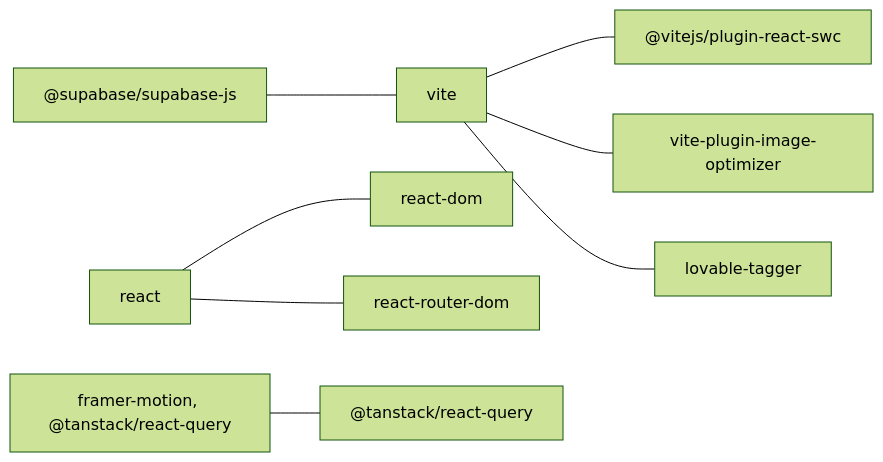
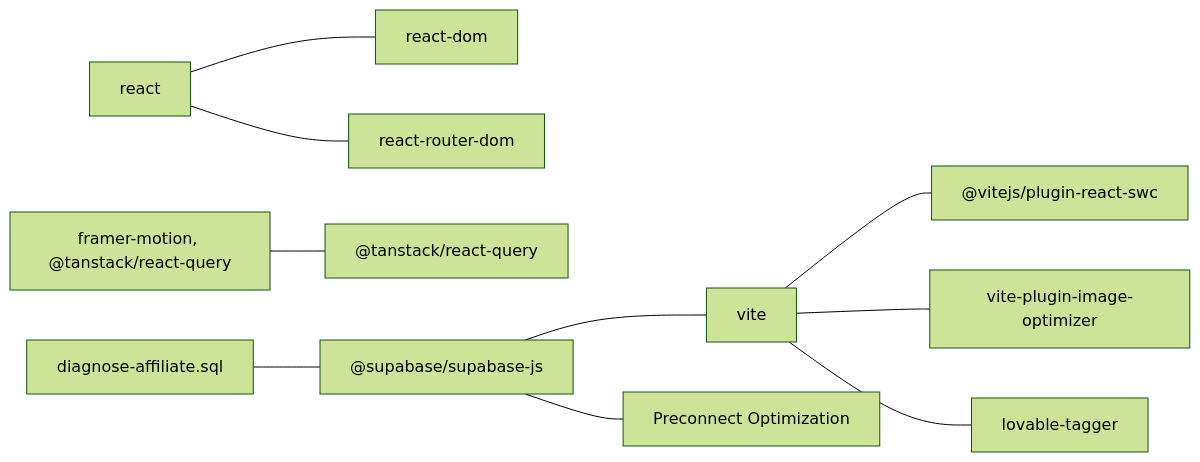
One commit to Hawky1/ryland changed the eighth of 8 diagrams in .qoder/repowiki/en/content/Troubleshooting & FAQ.md. Above: the diagram before and after it, drawn with Mermaid (forest theme). The commit also changed other lines of this file and 5 other files, not shown here.

````diff
--- a/.qoder/repowiki/en/content/Troubleshooting & FAQ.md
+++ b/.qoder/repowiki/en/content/Troubleshooting & FAQ.md
@@ -207,10 +262,12 @@
 ```mermaid
 graph LR
 VITE["vite"] --- SWC["@vitejs/plugin-react-swc"]
 VITE --- OPT["vite-plugin-image-optimizer"]
 VITE --- TAG["lovable-tagger"]
 REACT["react"] --- DOM["react-dom"]
 REACT --- ROUTER["react-router-dom"]
 UI["framer-motion, @tanstack/react-query"] --- QUERY["@tanstack/react-query"]
 SUPA["@supabase/supabase-js"] --- VITE
+SUPA --- PRE["Preconnect Optimization"]
+DIAG["diagnose-affiliate.sql"] --- SUPA
 ```
````
